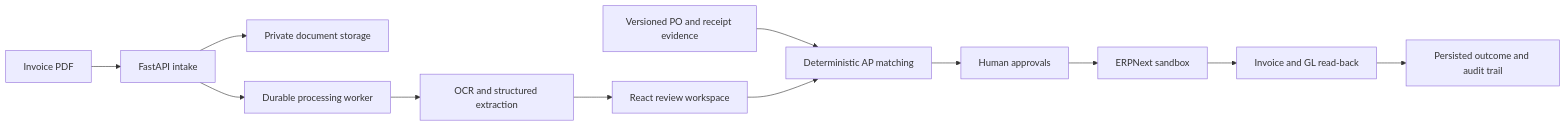
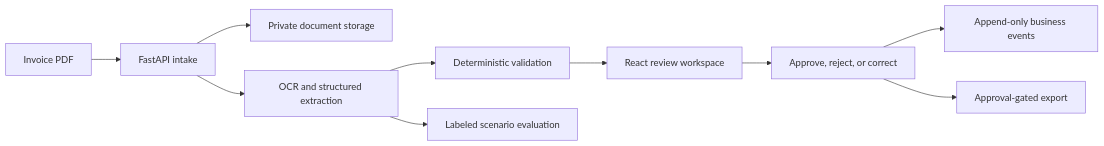
One commit to williamlo90/ai-document-ops-system changed the diagram in README.md. Above: the diagram before and after it, drawn with Mermaid. The commit also changed other lines of this file and 168 other files, not shown here.

First line of the commit message:
Restore draft-only Invoice Review V1 with current security controls

````diff
--- a/README.md
+++ b/README.md
@@ -92,14 +47,12 @@
 ```mermaid
 flowchart LR
-    PDF[Invoice PDF] --> API[FastAPI intake]
-    API --> STORE[Private document storage]
-    API --> WORKER[Durable processing worker]
-    WORKER --> AI[OCR and structured extraction]
-    AI --> REVIEW[React review workspace]
-    SOURCES[Versioned PO and receipt evidence] --> MATCH[Deterministic AP matching]
-    REVIEW --> MATCH
-    MATCH --> APPROVAL[Human approvals]
-    APPROVAL --> ERP[ERPNext sandbox]
-    ERP --> VERIFY[Invoice and GL read-back]
-    VERIFY --> AUDIT[Persisted outcome and audit trail]
+    PDF["Invoice PDF"] --> API["FastAPI intake"]
+    API --> STORE["Private document storage"]
+    API --> READ["OCR and structured extraction"]
+    READ --> RULES["Deterministic validation"]
+    RULES --> UI["React review workspace"]
+    UI --> DECISION["Approve, reject, or correct"]
+    DECISION --> AUDIT["Append-only business events"]
+    DECISION --> EXPORT["Approval-gated export"]
+    READ --> QUALITY["Labeled scenario evaluation"]
 ```
````
